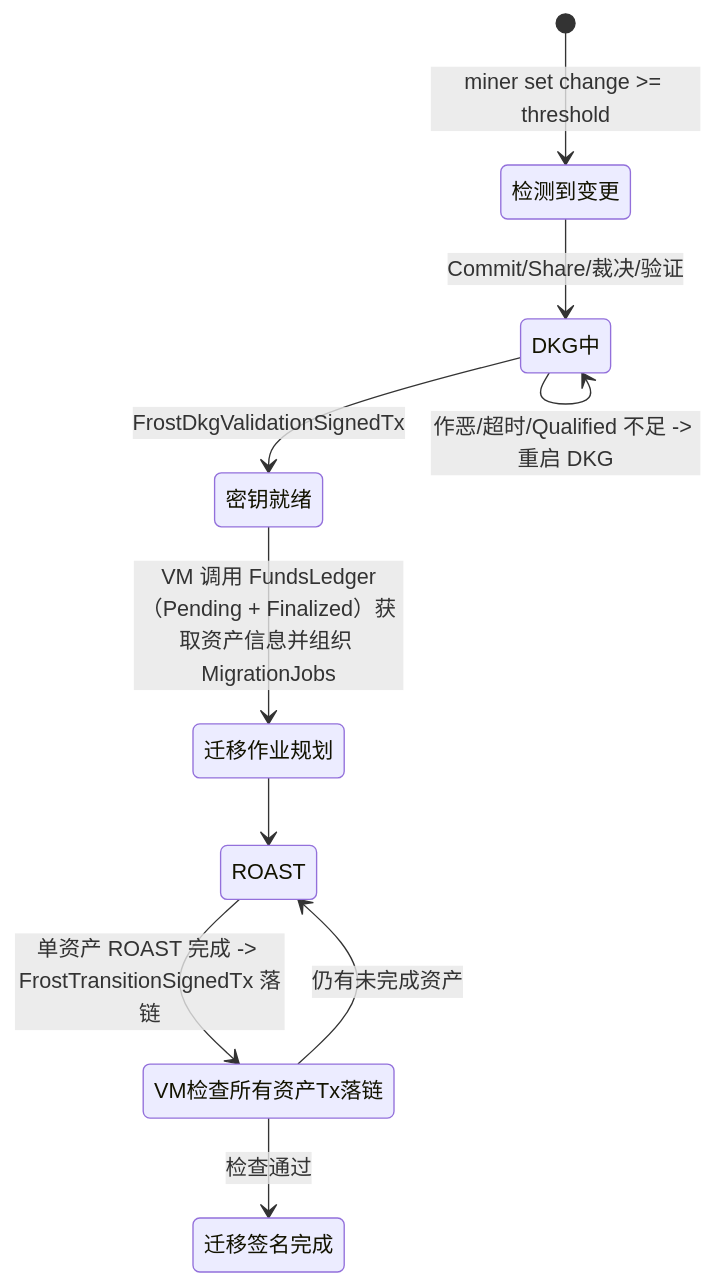
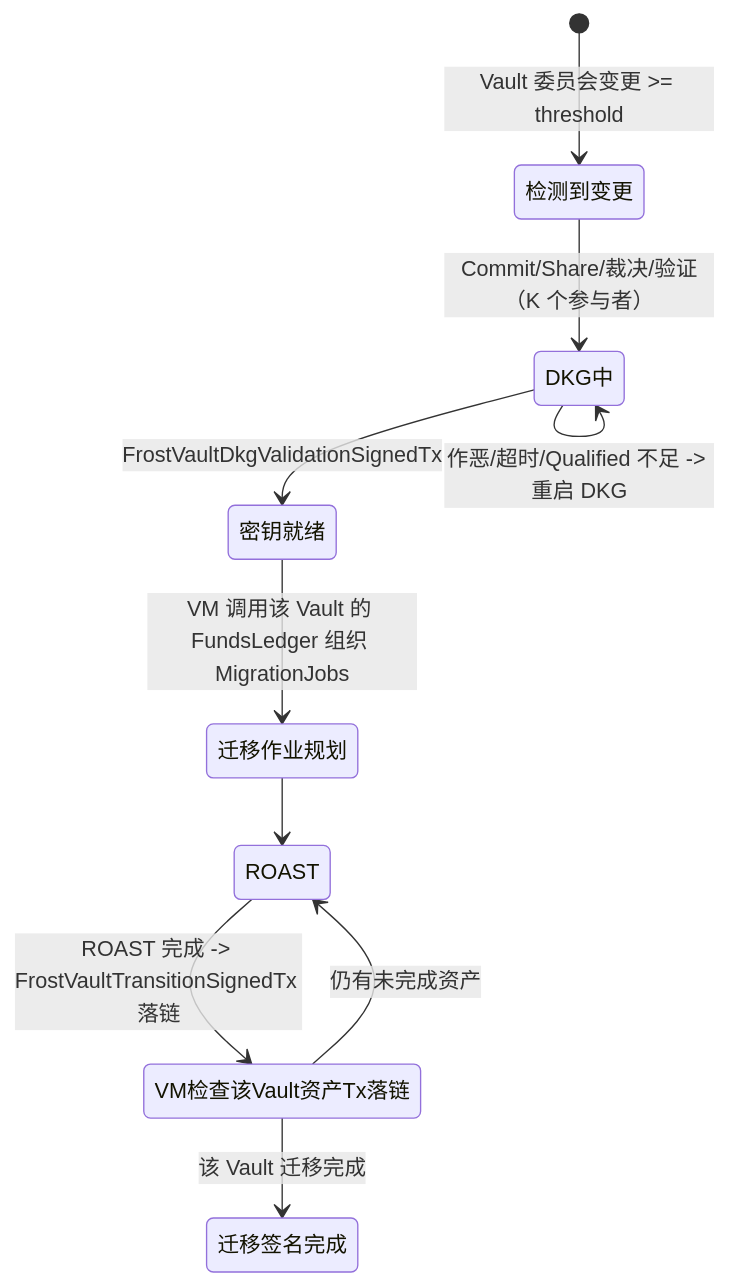
Before and after one commit to davidLeeeeeeeeeeee/dex: the sixth of 9 diagrams in frost/design.md, drawn with Mermaid. The commit also changed other lines of this file, not shown here.

````diff
--- a/frost/design.md
+++ b/frost/design.md
@@ -792,12 +949,12 @@
 ```mermaid
 stateDiagram-v2
-  [*] --> 检测到变更: miner set change >= threshold
-  检测到变更 --> DKG中: Commit/Share/裁决/验证
+  [*] --> 检测到变更: Vault 委员会变更 >= threshold
+  检测到变更 --> DKG中: Commit/Share/裁决/验证（K 个参与者）
   DKG中 --> DKG中: 作恶/超时/Qualified 不足 -> 重启 DKG
-  DKG中 --> 密钥就绪: FrostDkgValidationSignedTx
-  密钥就绪 --> 迁移作业规划: VM 调用 FundsLedger（Pending + Finalized）获取资产信息并组织 MigrationJobs
+  DKG中 --> 密钥就绪: FrostVaultDkgValidationSignedTx
+  密钥就绪 --> 迁移作业规划: VM 调用该 Vault 的 FundsLedger 组织 MigrationJobs
   迁移作业规划 --> ROAST
-  ROAST  --> VM检查所有资产Tx落链: 单资产 ROAST 完成 -> FrostTransitionSignedTx 落链
-  VM检查所有资产Tx落链 --> ROAST: 仍有未完成资产
-  VM检查所有资产Tx落链 --> 迁移签名完成:  检查通过
+  ROAST  --> VM检查该Vault资产Tx落链: ROAST 完成 -> FrostVaultTransitionSignedTx 落链
+  VM检查该Vault资产Tx落链 --> ROAST: 仍有未完成资产
+  VM检查该Vault资产Tx落链 --> 迁移签名完成: 该 Vault 迁移完成
 ```
````
